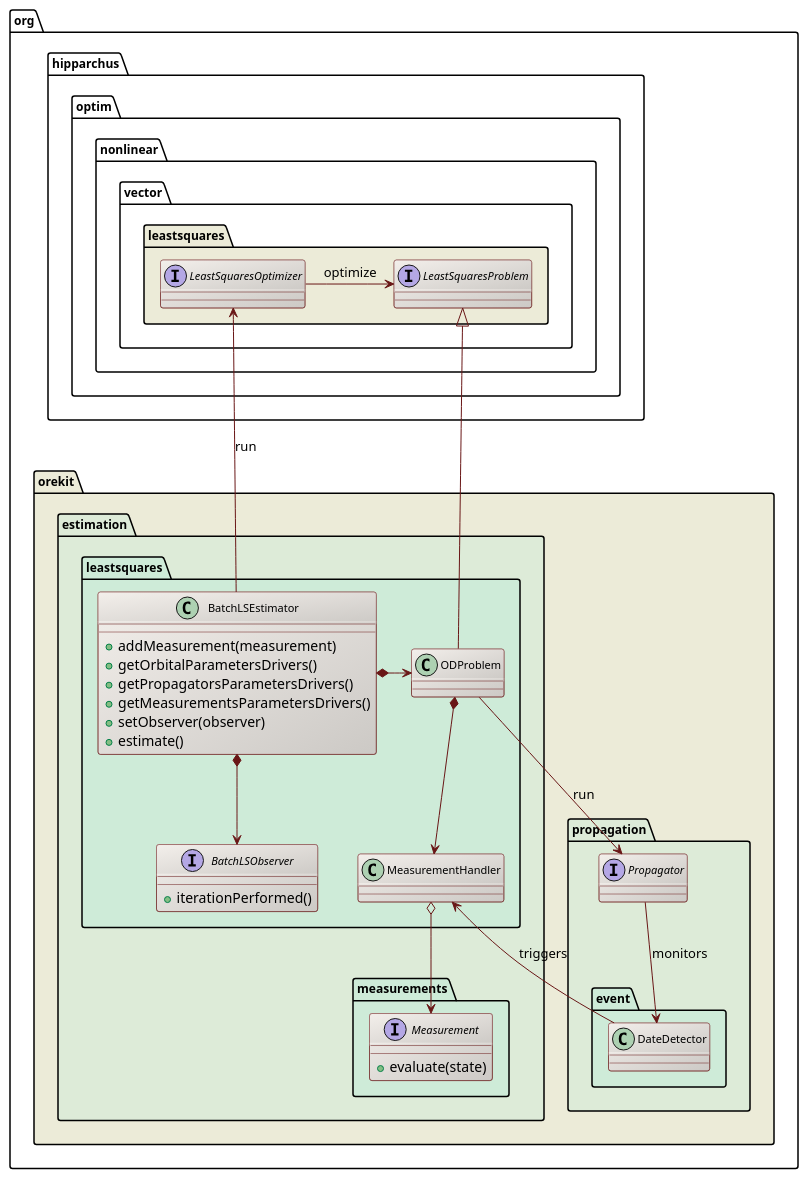
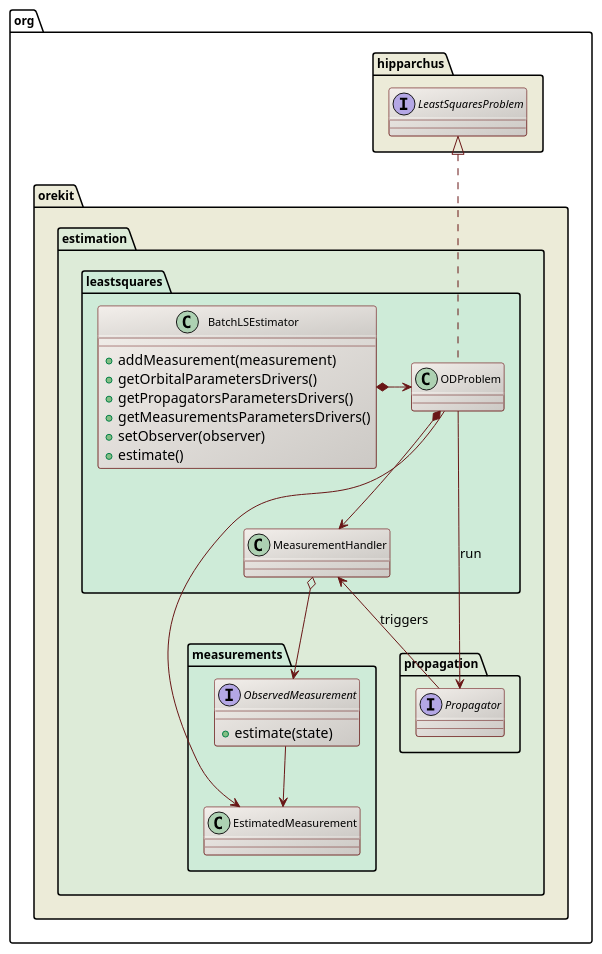
Before and after one commit to CS-SI/Orekit: the diagram in src/design/orbit-determination-overview-class-diagram.puml, drawn with PlantUML. The commit also changed 43 other files, not shown here.

```diff
--- a/src/design/orbit-determination-overview-class-diagram.puml
+++ b/src/design/orbit-determination-overview-class-diagram.puml
@@ -17,70 +17,62 @@
 @startuml
 
   skinparam svek                  true
   skinparam ClassBackgroundColor  #F3EFEB/CCC9C5
   skinparam ClassArrowColor       #691616
   skinparam ClassBorderColor      #691616
   skinparam NoteBackgroundColor   #F3EFEB
   skinparam NoteBorderColor       #691616
   skinparam NoteFontColor         #691616
   skinparam ClassFontSize         11
   skinparam PackageFontSize       12
 
-  package org.hipparchus.optim.nonlinear.vector.leastsquares #ECEBD8 {
+  package org.hipparchus #ECEBD8 {
 
-          interface LeastSquaresOptimizer
           interface LeastSquaresProblem
-          LeastSquaresOptimizer -right-> LeastSquaresProblem  : optimize
 
   }
 
   package org.orekit #ECEBD8 {
 
-    package propagation #DDEBD8 {
-        interface Propagator
-        package event #CEEBD8 {
-            Propagator --> DateDetector : monitors
-        }
-    }
-
     package estimation #DDEBD8 {
 
+        package measurements #CEEBD8 {
+            class EstimatedMeasurement
+            interface ObservedMeasurement {
+              +estimate(state)
+            }
+             ObservedMeasurement --> EstimatedMeasurement
+        }
         package leastsquares #CEEBD8 {
 
+            class MeasurementHandler
+
+          class ODProblem
            class BatchLSEstimator {
               +addMeasurement(measurement)
               +getOrbitalParametersDrivers()
               +getPropagatorsParametersDrivers()
               +getMeasurementsParametersDrivers()
               +setObserver(observer)
               +estimate()
            }
 
-           interface BatchLSObserver {
-               +iterationPerformed()
-           }
-
-           class ODProblem
-           class MeasurementHandler
-
             ODProblem *--> MeasurementHandler
-            ODProblem --> Propagator : run
-            MeasurementHandler <-- DateDetector : triggers
 
           BatchLSEstimator *-right-> ODProblem
-          LeastSquaresProblem <|-- ODProblem
-          LeastSquaresOptimizer  <-- BatchLSEstimator : run
-          BatchLSEstimator *--> BatchLSObserver
+          LeastSquaresProblem <|.. ODProblem
+          ODProblem --> EstimatedMeasurement
+           MeasurementHandler o--> ObservedMeasurement
         }
 
-        package measurements #CEEBD8 {
-            interface Measurement {
-              +evaluate(state)
-            }
-            MeasurementHandler o--> Measurement
-        }
+    package propagation #DDEBD8 {
+        interface Propagator
+            MeasurementHandler <-- Propagator : triggers
+            Propagator <-- ODProblem : run
+    }
+
     }
 
   }
 
 @enduml
```
